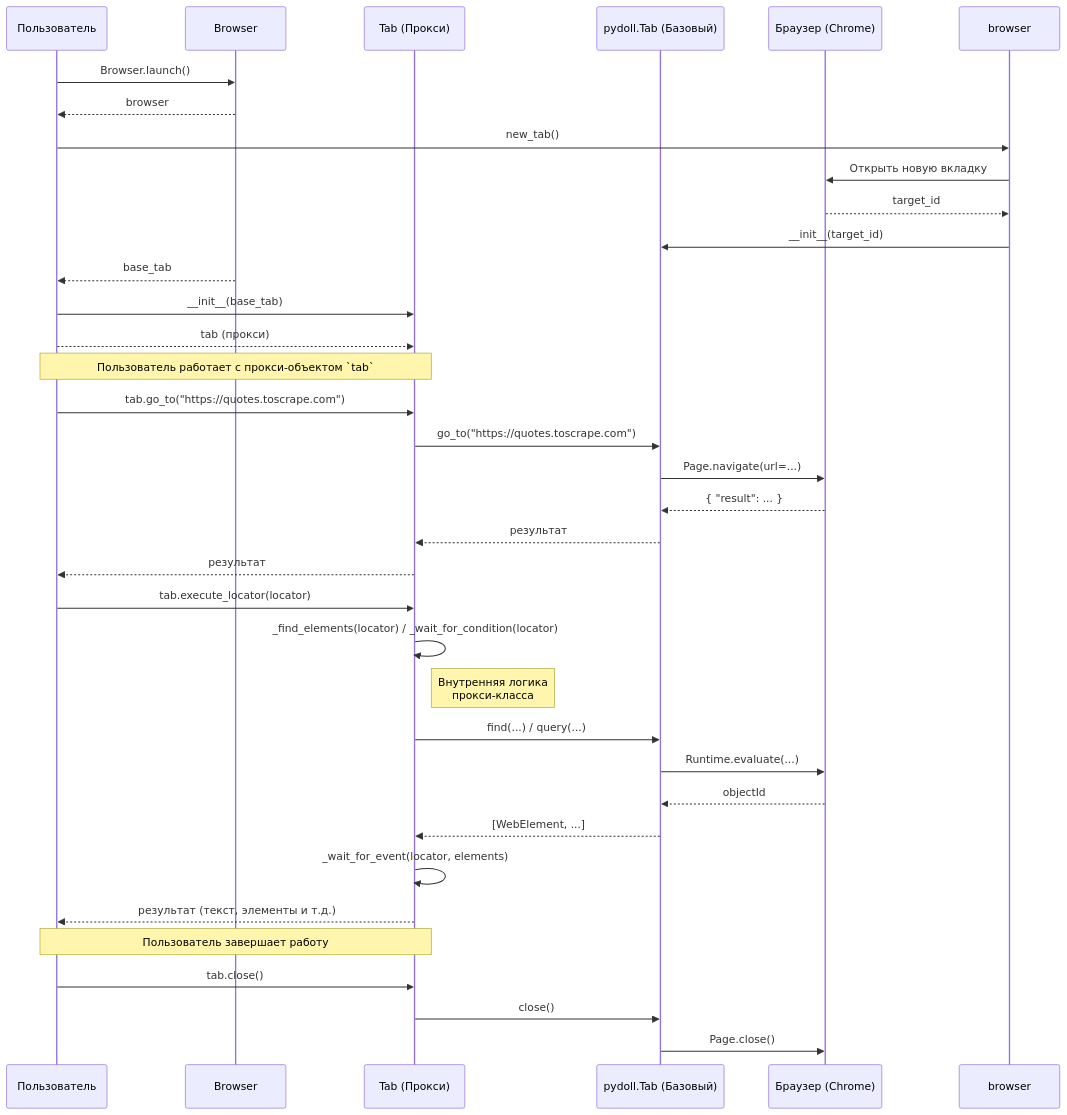
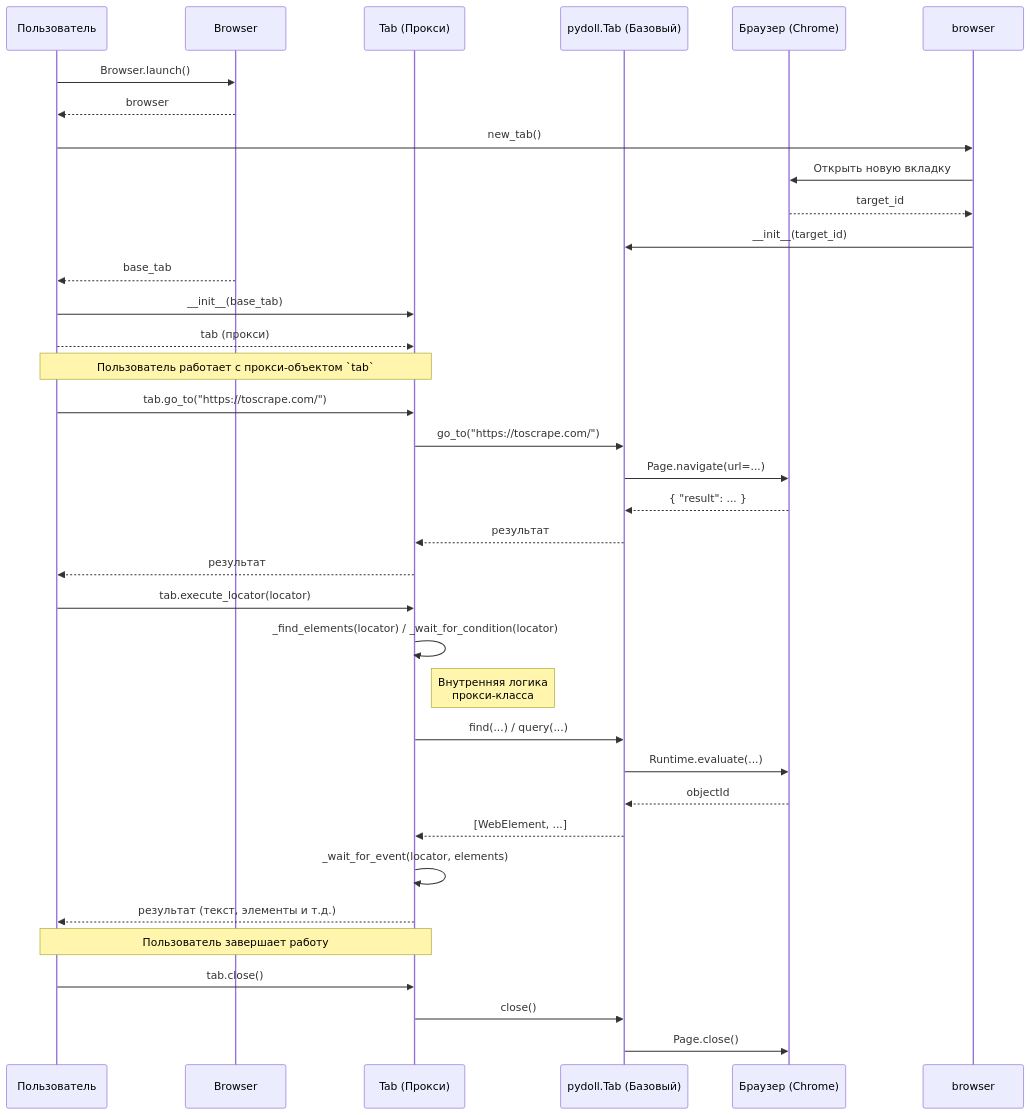
One commit to hypo69/hypotez changed the first of 3 diagrams in src/webdriver/pydoll/docs/readme.ru.md. Above: the diagram before and after it, drawn with Mermaid. The commit also changed 135 other files, not shown here.

````diff
--- a/src/webdriver/pydoll/docs/readme.ru.md
+++ b/src/webdriver/pydoll/docs/readme.ru.md
@@ -126,48 +126,48 @@
 ```mermaid
 sequenceDiagram
     participant User as Пользователь
     participant Browser
     participant TabProxy as Tab (Прокси)
     participant BaseTab as pydoll.Tab (Базовый)
     participant Chrome as Браузер (Chrome)
 
     User->>Browser: Browser.launch()
     Browser-->>User: browser
     User->>browser: new_tab()
     browser->>Chrome: Открыть новую вкладку
     Chrome-->>browser: target_id
     browser->>BaseTab: __init__(target_id)
     Browser-->>User: base_tab
     User->>TabProxy: __init__(base_tab)
     User-->>TabProxy: tab (прокси)
 
     participant User
     participant TabProxy
     participant BaseTab
     participant Chrome
 
     Note over User, TabProxy: Пользователь работает с прокси-объектом `tab`
 
-    User->>TabProxy: tab.go_to("https://quotes.toscrape.com")
-    TabProxy->>BaseTab: go_to("https://quotes.toscrape.com")
+    User->>TabProxy: tab.go_to("https://toscrape.com/")
+    TabProxy->>BaseTab: go_to("https://toscrape.com/")
     BaseTab->>Chrome: Page.navigate(url=...)
     Chrome-->>BaseTab: { "result": ... }
     BaseTab-->>TabProxy: результат
     TabProxy-->>User: результат
 
     User->>TabProxy: tab.execute_locator(locator)
     TabProxy->>TabProxy: _find_elements(locator) / _wait_for_condition(locator)
     Note right of TabProxy: Внутренняя логика<br/>прокси-класса
     TabProxy->>BaseTab: find(...) / query(...)
     BaseTab->>Chrome: Runtime.evaluate(...)
     Chrome-->>BaseTab: objectId
     BaseTab-->>TabProxy: [WebElement, ...]
     TabProxy->>TabProxy: _wait_for_event(locator, elements)
     TabProxy-->>User: результат (текст, элементы и т.д.)
 
     Note over User, TabProxy: Пользователь завершает работу
 
     User->>TabProxy: tab.close()
     TabProxy->>BaseTab: close()
     BaseTab->>Chrome: Page.close()
 ```
````
